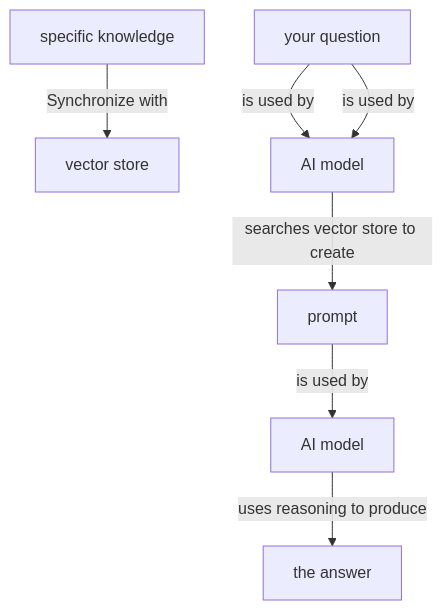
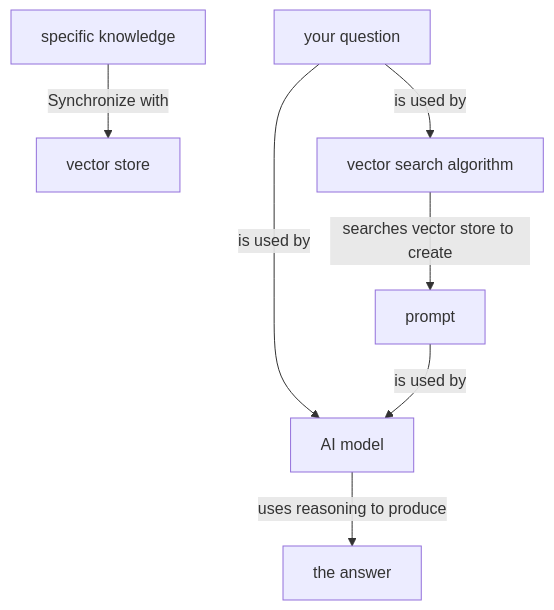
The first of 2 diagrams in README.md (milan888-design/special-purpose-ai), drawn with Mermaid before and after one commit. The commit also changed other lines of this file, not shown here.

````diff
--- a/README.md
+++ b/README.md
@@ -20,9 +20,9 @@
 ```mermaid  
 flowchart TD  
     A[specific knowledge]-->|Synchronize with|B[vector store]  
     C[your question] -->|is used by|D[vector search algorithm]     
     D[vector search algorithm]-->|searches vector store to create|E[prompt]  
-    C[your question] -->|is used by|D[AI model]   
+    C[your question] -->|is used by|F[AI model]   
     E[prompt]-->|is used by|F[AI model]   
     F[AI model]-->|uses reasoning to produce|G[the answer]  
 ```   
````
